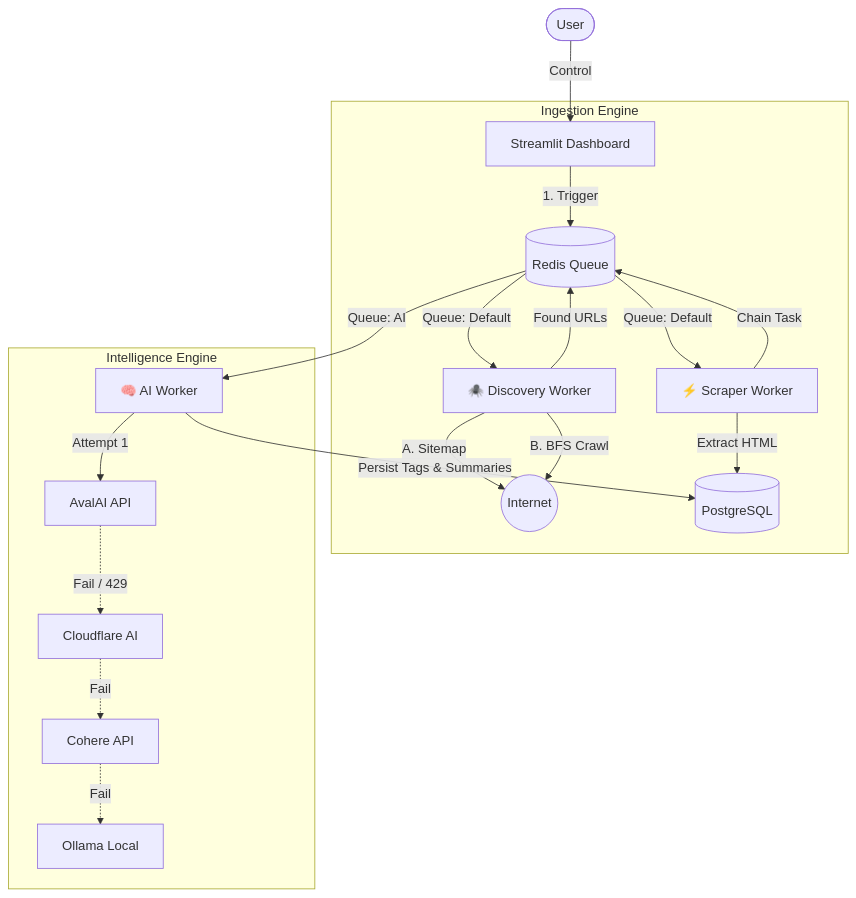
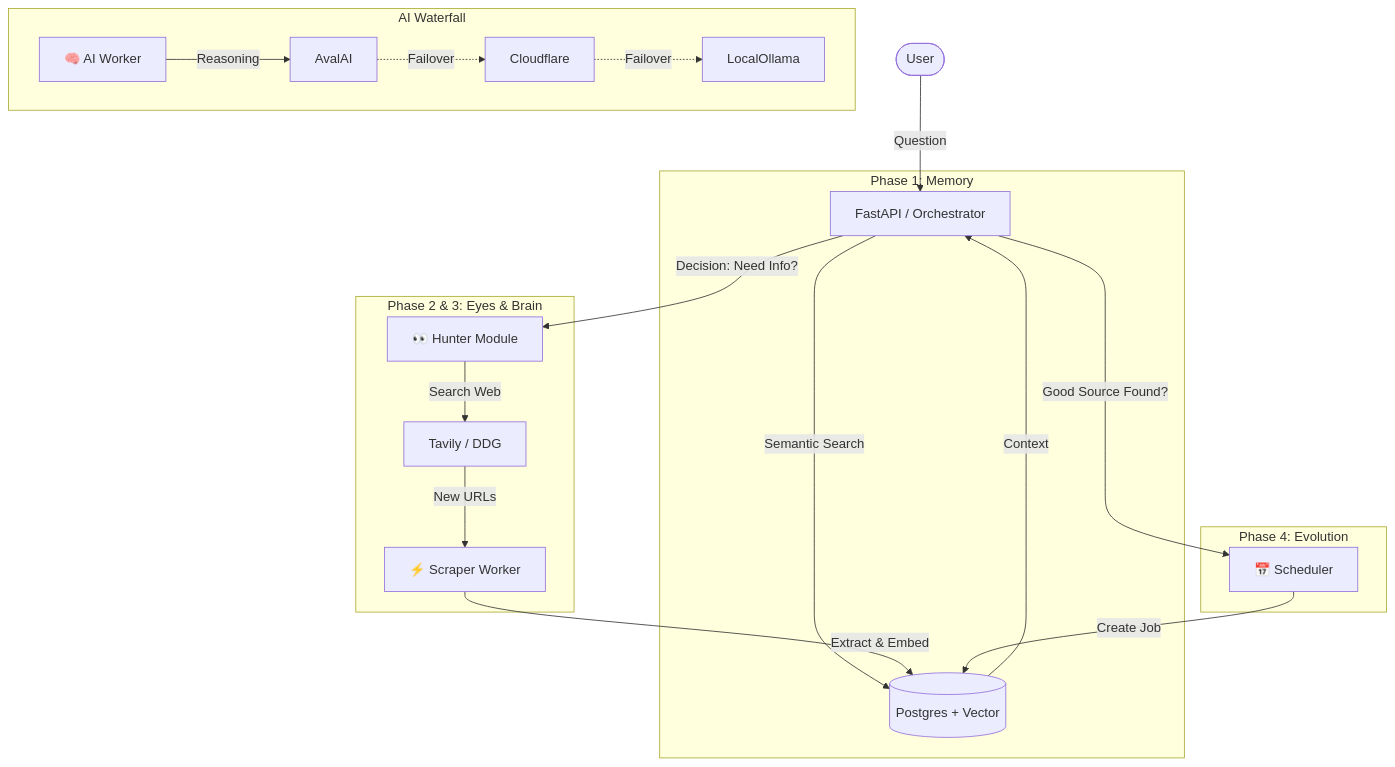
One commit to abtn/nexus-smart-scraper changed the diagram in README.md. Above: the diagram before and after it, drawn with Mermaid. The commit also changed other lines of this file, not shown here.

Commit message:
feat: Revise README to enhance clarity on Nexus capabilities and architecture

````diff
--- a/README.md
+++ b/README.md
@@ -73,26 +45,27 @@
 ```mermaid
 graph TD
-    User([User]) -->|Control| Dash[Streamlit Dashboard]
+    User([User]) -->|Question| API[FastAPI / Orchestrator]
     
-    subgraph "Ingestion Engine"
-        Dash -->|1. Trigger| Redis[(Redis Queue)]
-        Redis -->|Queue: Default| Discovery[🕷️ Discovery Worker]
-        Discovery -->|A. Sitemap| Net((Internet))
-        Discovery -->|B. BFS Crawl| Net
-        Discovery -->|Found URLs| Redis
-        Redis -->|Queue: Default| Scraper[⚡ Scraper Worker]
-        Scraper -->|Extract HTML| DB[(PostgreSQL)]
+    subgraph "Phase 1: Memory"
+        API -->|Semantic Search| DB[(Postgres + Vector)]
+        DB -->|Context| API
     end
 
-    subgraph "Intelligence Engine"
-        Scraper -->|Chain Task| Redis
-        Redis -->|Queue: AI| Enricher[🧠 AI Worker]
-        
-        Enricher -->|Attempt 1| AvalAI[AvalAI API]
-        AvalAI -.->|Fail / 429| CF[Cloudflare AI]
-        CF -.->|Fail| Cohere[Cohere API]
-        Cohere -.->|Fail| Local[Ollama Local]
-        
-        Enricher -->|Persist Tags & Summaries| DB
+    subgraph "Phase 2 & 3: Eyes & Brain"
+        API -->|Decision: Need Info?| Hunter[👀 Hunter Module]
+        Hunter -->|Search Web| Tavily[Tavily / DDG]
+        Tavily -->|New URLs| Scraper[⚡ Scraper Worker]
+        Scraper -->|Extract & Embed| DB
+    end
+
+    subgraph "Phase 4: Evolution"
+        API -->|Good Source Found?| Scheduler[📅 Scheduler]
+        Scheduler -->|Create Job| DB
+    end
+
+    subgraph "AI Waterfall"
+        Enricher[🧠 AI Worker] -->|Reasoning| AvalAI
+        AvalAI -.->|Failover| Cloudflare
+        Cloudflare -.->|Failover| LocalOllama
     end
 ```
````
